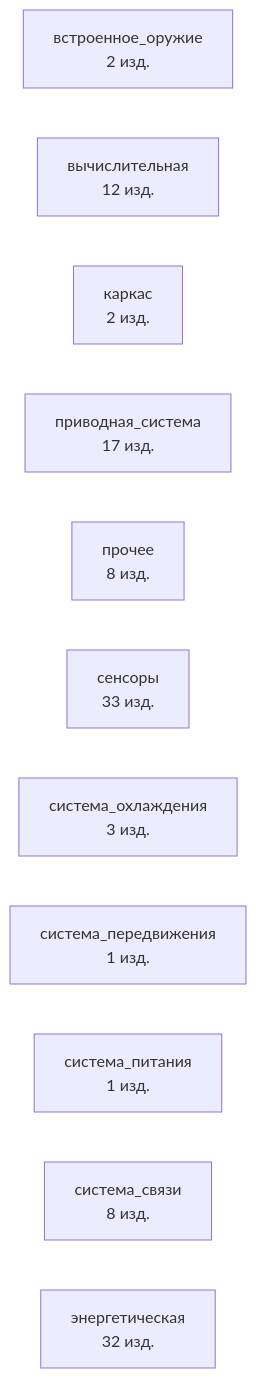
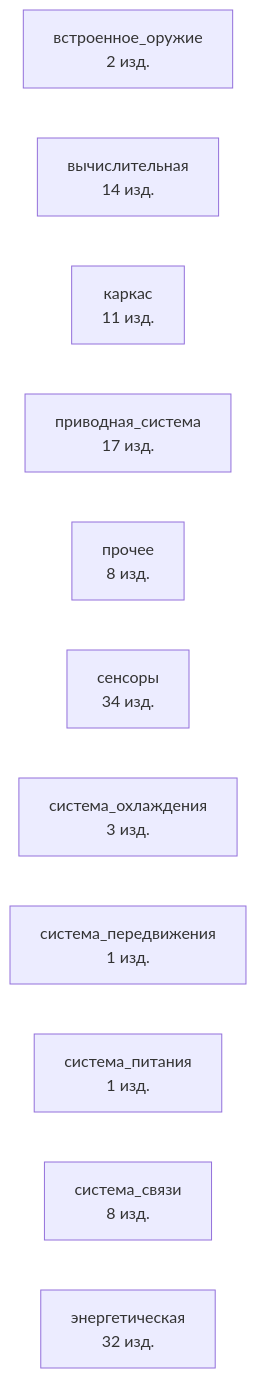
Before and after one commit to a-m-e-n-t-e-t/SkyNet: the diagram in graphs/mermaid/graph1_overview.md, drawn with Mermaid. The commit also changed other lines of this file and 174 other files, not shown here.

````diff
--- a/graphs/mermaid/graph1_overview.md
+++ b/graphs/mermaid/graph1_overview.md
@@ -3,14 +3,14 @@
 ```mermaid
 graph LR
     sub_встроенное_оружие[встроенное_оружие<br/>2 изд.]
-    sub_вычислительная[вычислительная<br/>12 изд.]
-    sub_каркас[каркас<br/>2 изд.]
+    sub_вычислительная[вычислительная<br/>14 изд.]
+    sub_каркас[каркас<br/>11 изд.]
     sub_приводная_система[приводная_система<br/>17 изд.]
     sub_прочее[прочее<br/>8 изд.]
-    sub_сенсоры[сенсоры<br/>33 изд.]
+    sub_сенсоры[сенсоры<br/>34 изд.]
     sub_система_охлаждения[система_охлаждения<br/>3 изд.]
     sub_система_передвижения[система_передвижения<br/>1 изд.]
     sub_система_питания[система_питания<br/>1 изд.]
     sub_система_связи[система_связи<br/>8 изд.]
     sub_энергетическая[энергетическая<br/>32 изд.]
 ```
````
